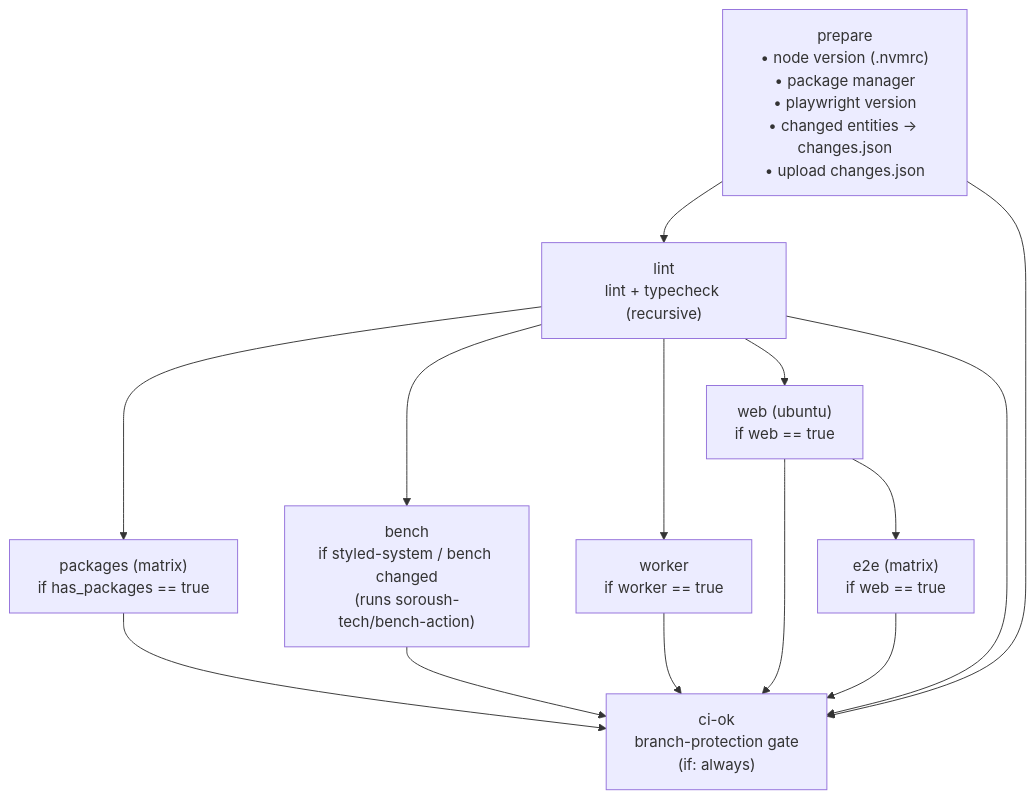
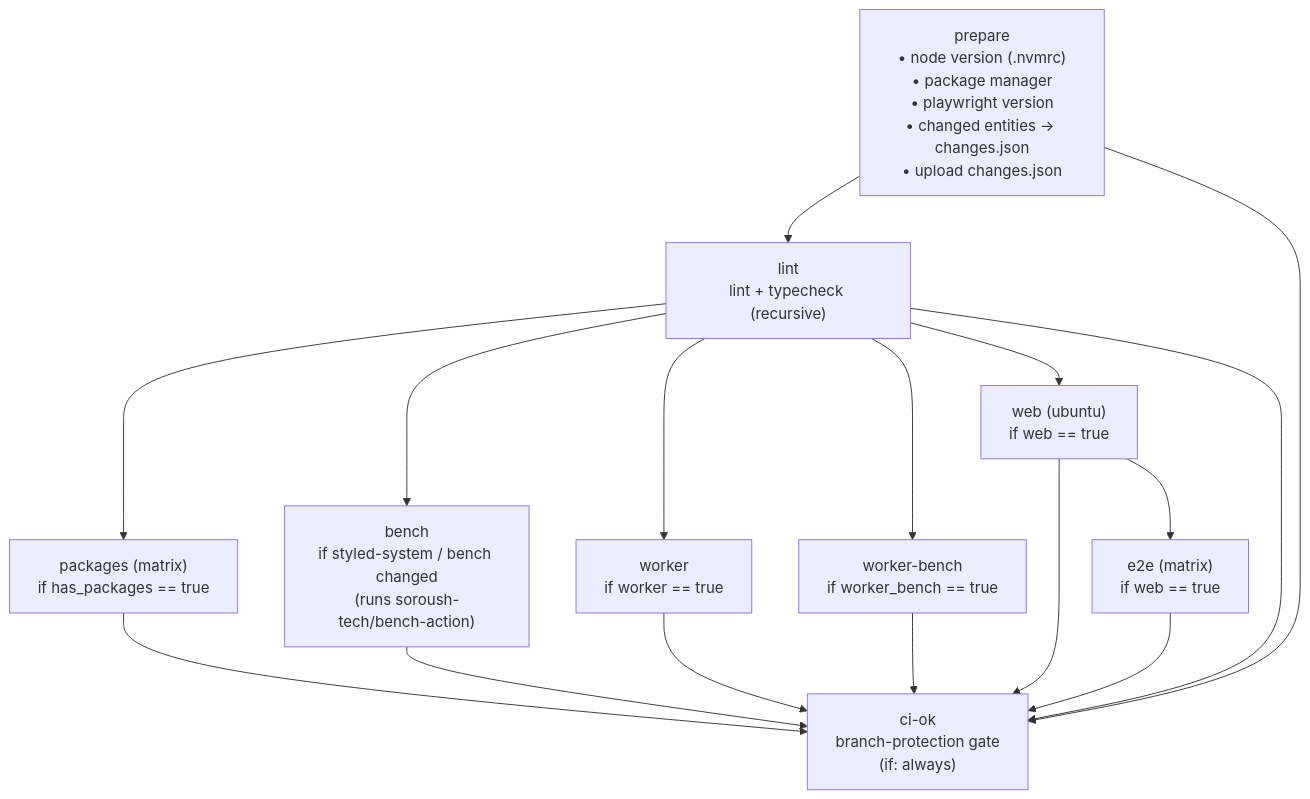
One commit to soroush-tech/core changed the second of 6 diagrams in .github/workflows/README.md. Above: the diagram before and after it, drawn with Mermaid. The commit also changed other lines of this file and 32 other files, not shown here.

First line of the commit message:
feat(bench-api): bench-action comment relay worker at api.bench.soroush.tech

````diff
--- a/.github/workflows/README.md
+++ b/.github/workflows/README.md
@@ -60,25 +64,28 @@
 ```mermaid
 flowchart TD
     prepare["prepare<br/>• node version (.nvmrc)<br/>• package manager<br/>• playwright version<br/>• changed entities → changes.json<br/>• upload changes.json"]
     lint["lint<br/>lint + typecheck (recursive)"]
     packages["packages (matrix)<br/>if has_packages == true"]
     bench["bench<br/>if styled-system / bench changed<br/>(runs soroush-tech/bench-action)"]
     worker["worker<br/>if worker == true"]
+    workerbench["worker-bench<br/>if worker_bench == true"]
     web["web (ubuntu)<br/>if web == true"]
     e2e["e2e (matrix)<br/>if web == true"]
     ciok["ci-ok<br/>branch-protection gate<br/>(if: always)"]
 
     prepare --> lint
     lint --> packages
     lint --> bench
     lint --> worker
+    lint --> workerbench
     lint --> web
     web --> e2e
     packages --> ciok
     bench --> ciok
     worker --> ciok
+    workerbench --> ciok
     web --> ciok
     e2e --> ciok
     lint --> ciok
     prepare --> ciok
 ```
````
